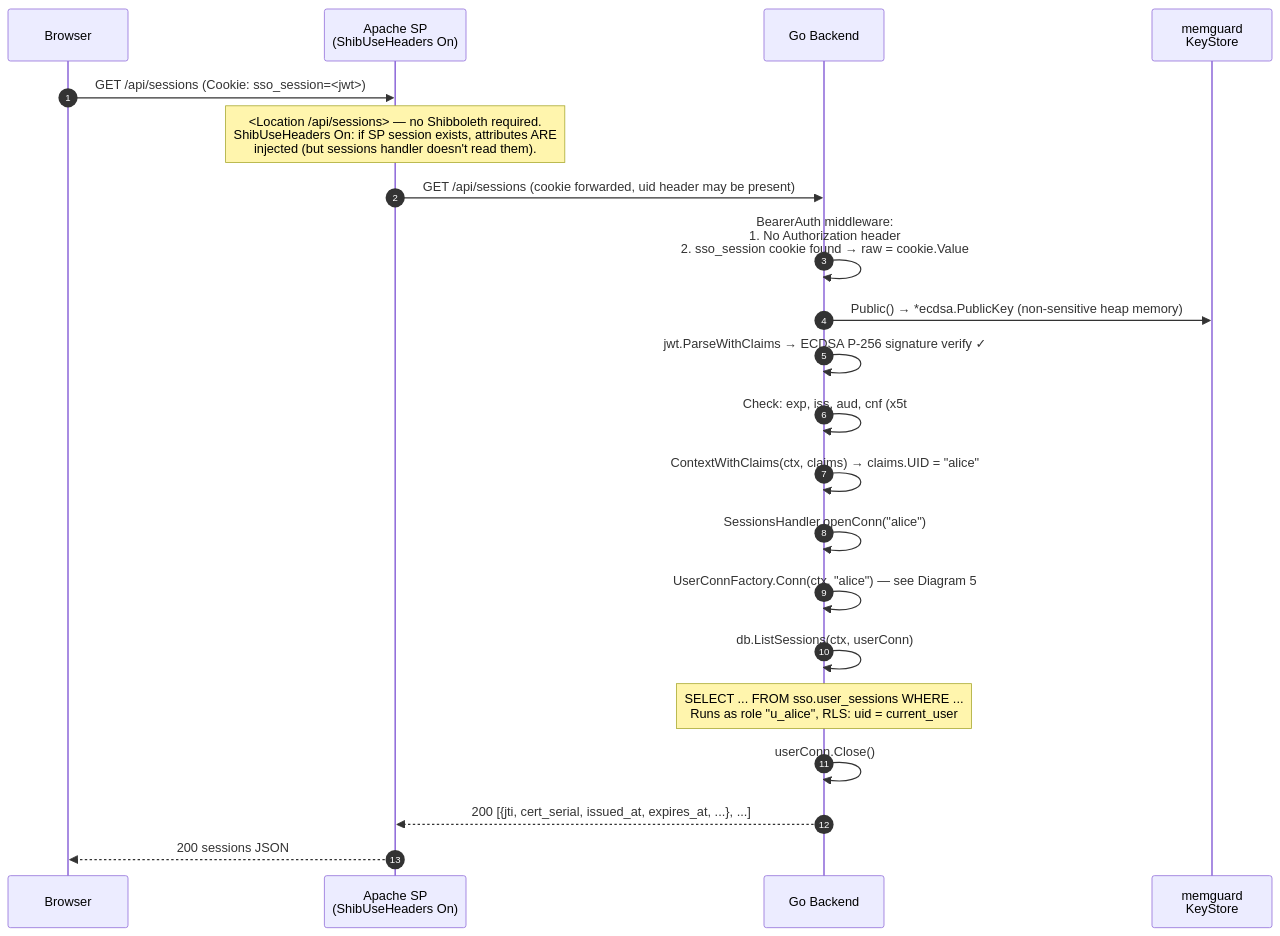
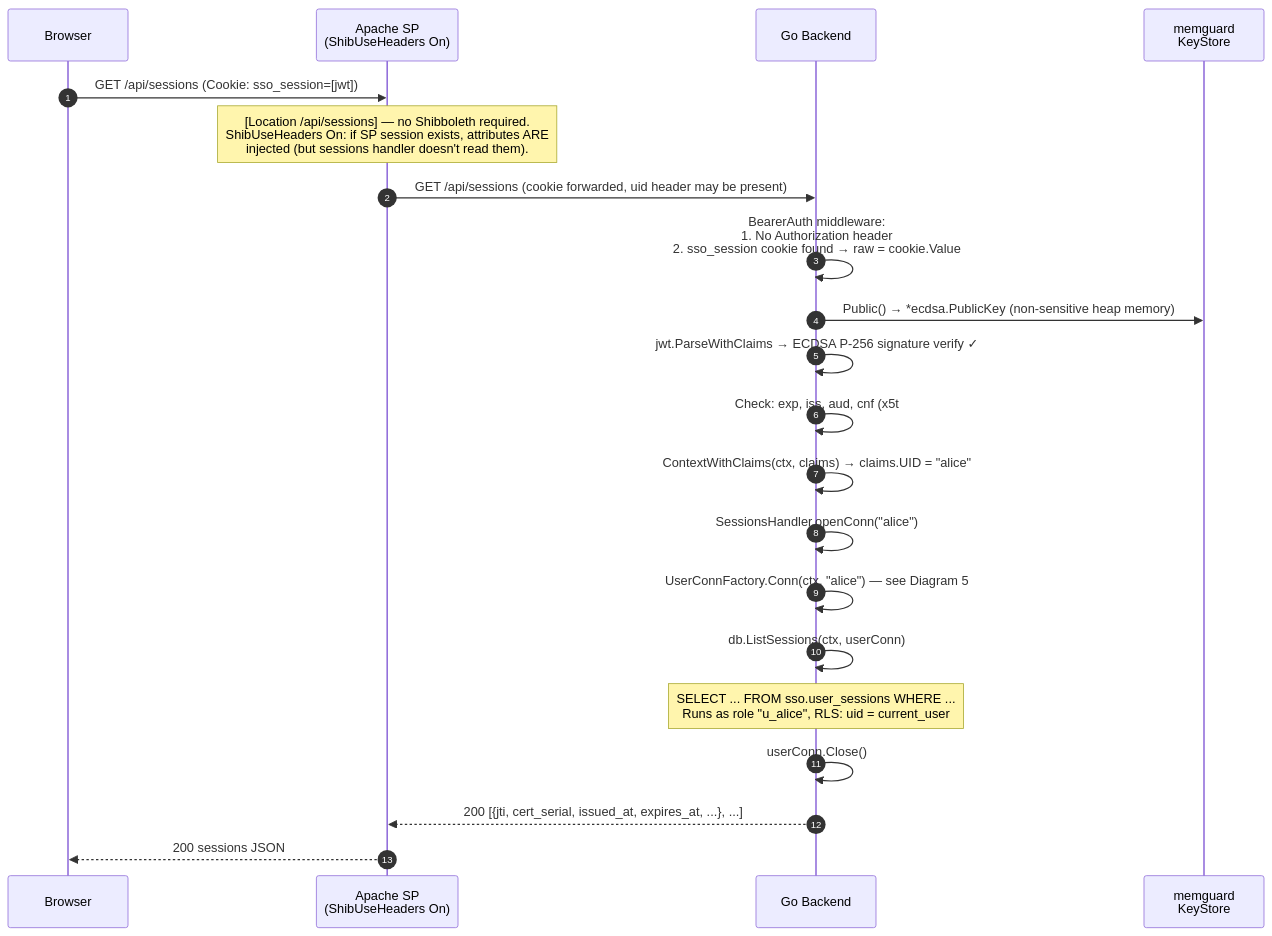
Before and after one commit to jwc65535/sso01a: the fourth of 5 diagrams in docs/flow.md, drawn with Mermaid. The commit also changed other lines of this file, not shown here.

Commit message:
Enhance readability and consistency in flow diagrams

````diff
--- a/docs/flow.md
+++ b/docs/flow.md
@@ -199,28 +200,28 @@
 ```mermaid
 sequenceDiagram
     autonumber
     participant Browser
     participant SP as Apache SP<br/>(ShibUseHeaders On)
     participant App as Go Backend
     participant KeyStore as memguard<br/>KeyStore
 
-    Browser->>SP: GET /api/sessions (Cookie: sso_session=<jwt>)
-    Note over SP: <Location /api/sessions> — no Shibboleth required.<br/>ShibUseHeaders On: if SP session exists, attributes ARE<br/>injected (but sessions handler doesn't read them).
+    Browser->>SP: GET /api/sessions (Cookie: sso_session=[jwt])
+    Note over SP: [Location /api/sessions] — no Shibboleth required.<br/>ShibUseHeaders On: if SP session exists, attributes ARE<br/>injected (but sessions handler doesn't read them).
 
     SP->>App: GET /api/sessions (cookie forwarded, uid header may be present)
     App->>App: BearerAuth middleware:<br/>1. No Authorization header<br/>2. sso_session cookie found → raw = cookie.Value
 
     App->>KeyStore: Public() → *ecdsa.PublicKey (non-sensitive heap memory)
     App->>App: jwt.ParseWithClaims → ECDSA P-256 signature verify ✓
     App->>App: Check: exp, iss, aud, cnf (x5t#S256 non-empty) ✓
     App->>App: ContextWithClaims(ctx, claims) → claims.UID = "alice"
 
     App->>App: SessionsHandler.openConn("alice")
     App->>App: UserConnFactory.Conn(ctx, "alice") — see Diagram 5
     App->>App: db.ListSessions(ctx, userConn)
     Note over App: SELECT ... FROM sso.user_sessions WHERE ...<br/>Runs as role "u_alice", RLS: uid = current_user
     App->>App: userConn.Close()
 
     App-->>SP: 200 [{jti, cert_serial, issued_at, expires_at, ...}, ...]
     SP-->>Browser: 200 sessions JSON
 ```
````
